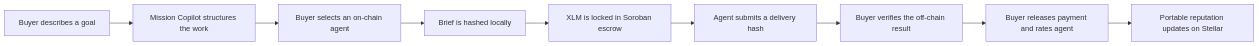
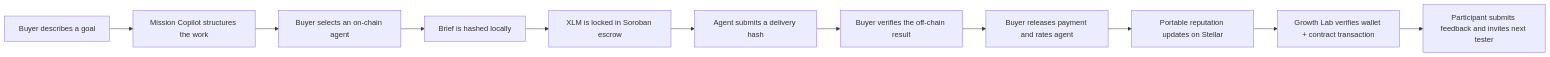
One commit to emretasss/agentrail-stellar changed the diagram in README.md. Above: the diagram before and after it, drawn with Mermaid. The commit also changed other lines of this file and 12 other files, not shown here.

````diff
--- a/README.md
+++ b/README.md
@@ -94,11 +113,13 @@
 ```mermaid
 flowchart LR
     A["Buyer describes a goal"] --> B["Mission Copilot structures the work"]
     B --> C["Buyer selects an on-chain agent"]
     C --> D["Brief is hashed locally"]
     D --> E["XLM is locked in Soroban escrow"]
     E --> F["Agent submits a delivery hash"]
     F --> G["Buyer verifies the off-chain result"]
     G --> H["Buyer releases payment and rates agent"]
     H --> I["Portable reputation updates on Stellar"]
+    I --> J["Growth Lab verifies wallet + contract transaction"]
+    J --> K["Participant submits feedback and invites next tester"]
 ```
````
